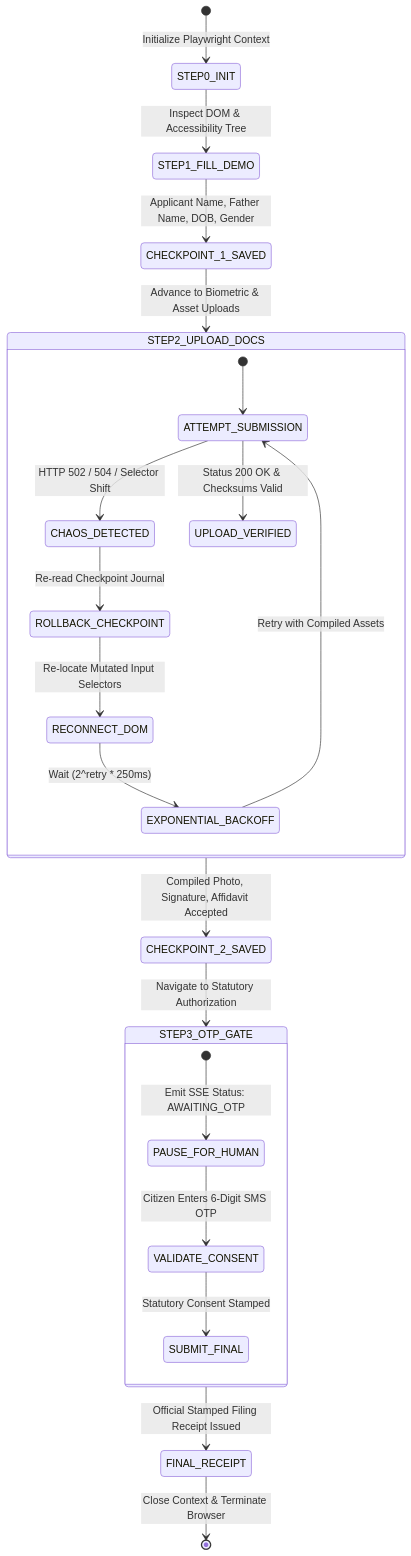
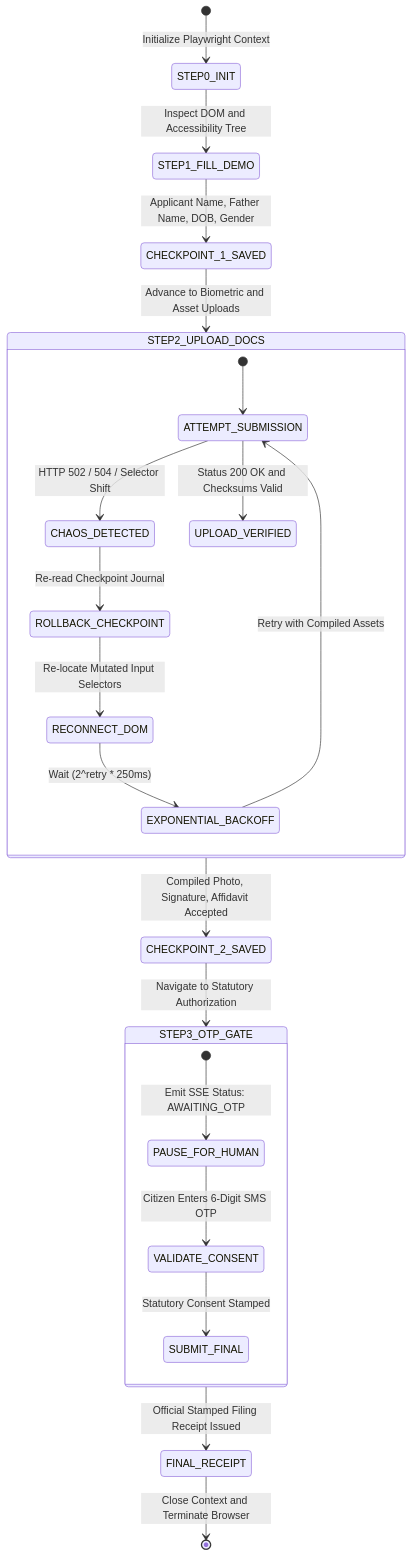
The second of 2 diagrams in README.md (siddhiguptas/zeroreject), drawn with Mermaid before and after one commit. The commit also changed other lines of this file and 3 other files, not shown here.

Commit message:
docs(readme): scale header seal mark, delete legacy banner, and embed universal architecture flowcharts

````diff
--- a/README.md
+++ b/README.md
@@ -135,30 +221,30 @@
 ```mermaid
 stateDiagram-v2
     [*] --> STEP0_INIT : Initialize Playwright Context
-    STEP0_INIT --> STEP1_FILL_DEMO : Inspect DOM & Accessibility Tree
+    STEP0_INIT --> STEP1_FILL_DEMO : Inspect DOM and Accessibility Tree
     STEP1_FILL_DEMO --> CHECKPOINT_1_SAVED : Applicant Name, Father Name, DOB, Gender
     
-    CHECKPOINT_1_SAVED --> STEP2_UPLOAD_DOCS : Advance to Biometric & Asset Uploads
+    CHECKPOINT_1_SAVED --> STEP2_UPLOAD_DOCS : Advance to Biometric and Asset Uploads
     
     state STEP2_UPLOAD_DOCS {
         [*] --> ATTEMPT_SUBMISSION
         ATTEMPT_SUBMISSION --> CHAOS_DETECTED : HTTP 502 / 504 / Selector Shift
         CHAOS_DETECTED --> ROLLBACK_CHECKPOINT : Re-read Checkpoint Journal
         ROLLBACK_CHECKPOINT --> RECONNECT_DOM : Re-locate Mutated Input Selectors
         RECONNECT_DOM --> EXPONENTIAL_BACKOFF : Wait (2^retry * 250ms)
         EXPONENTIAL_BACKOFF --> ATTEMPT_SUBMISSION : Retry with Compiled Assets
-        ATTEMPT_SUBMISSION --> UPLOAD_VERIFIED : Status 200 OK & Checksums Valid
+        ATTEMPT_SUBMISSION --> UPLOAD_VERIFIED : Status 200 OK and Checksums Valid
     }
     
     STEP2_UPLOAD_DOCS --> CHECKPOINT_2_SAVED : Compiled Photo, Signature, Affidavit Accepted
     CHECKPOINT_2_SAVED --> STEP3_OTP_GATE : Navigate to Statutory Authorization
     
     state STEP3_OTP_GATE {
         [*] --> PAUSE_FOR_HUMAN : Emit SSE Status: AWAITING_OTP
         PAUSE_FOR_HUMAN --> VALIDATE_CONSENT : Citizen Enters 6-Digit SMS OTP
         VALIDATE_CONSENT --> SUBMIT_FINAL : Statutory Consent Stamped
     }
     
     STEP3_OTP_GATE --> FINAL_RECEIPT : Official Stamped Filing Receipt Issued
-    FINAL_RECEIPT --> [*] : Close Context & Terminate Browser
+    FINAL_RECEIPT --> [*] : Close Context and Terminate Browser
 ```
````
